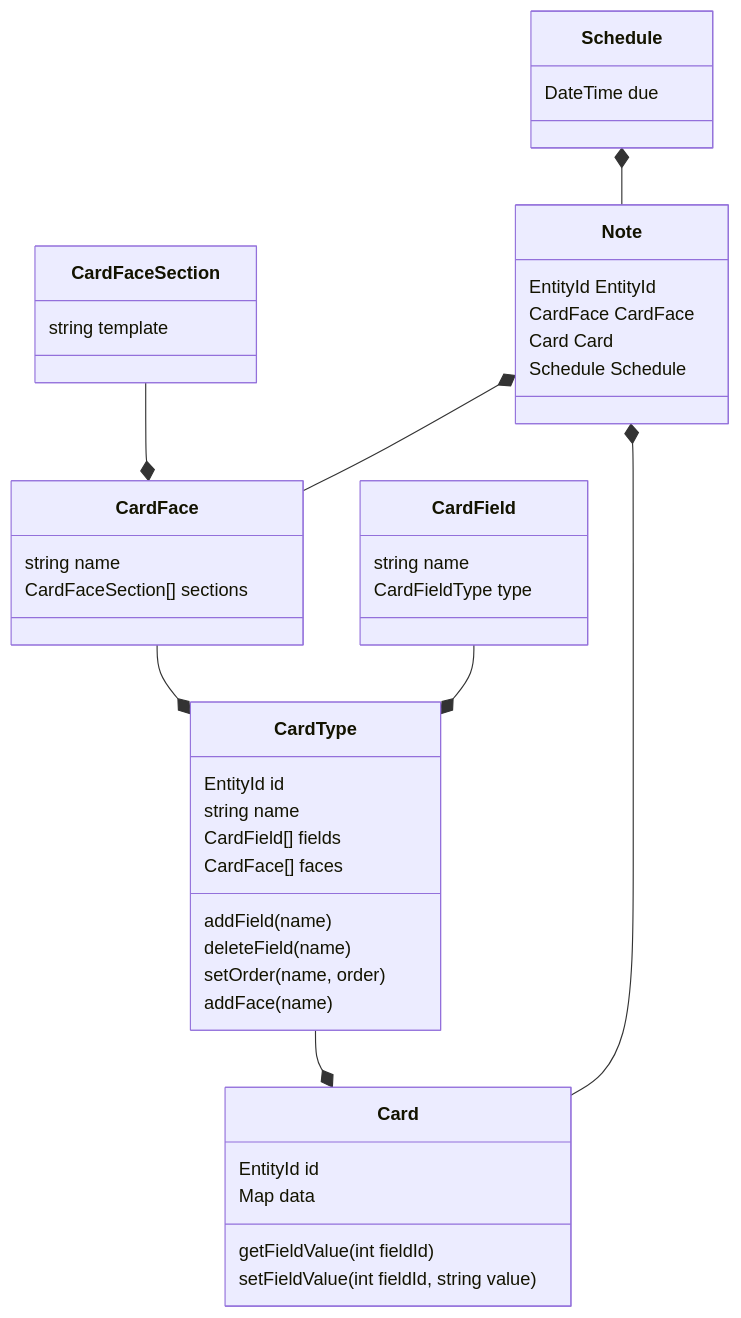
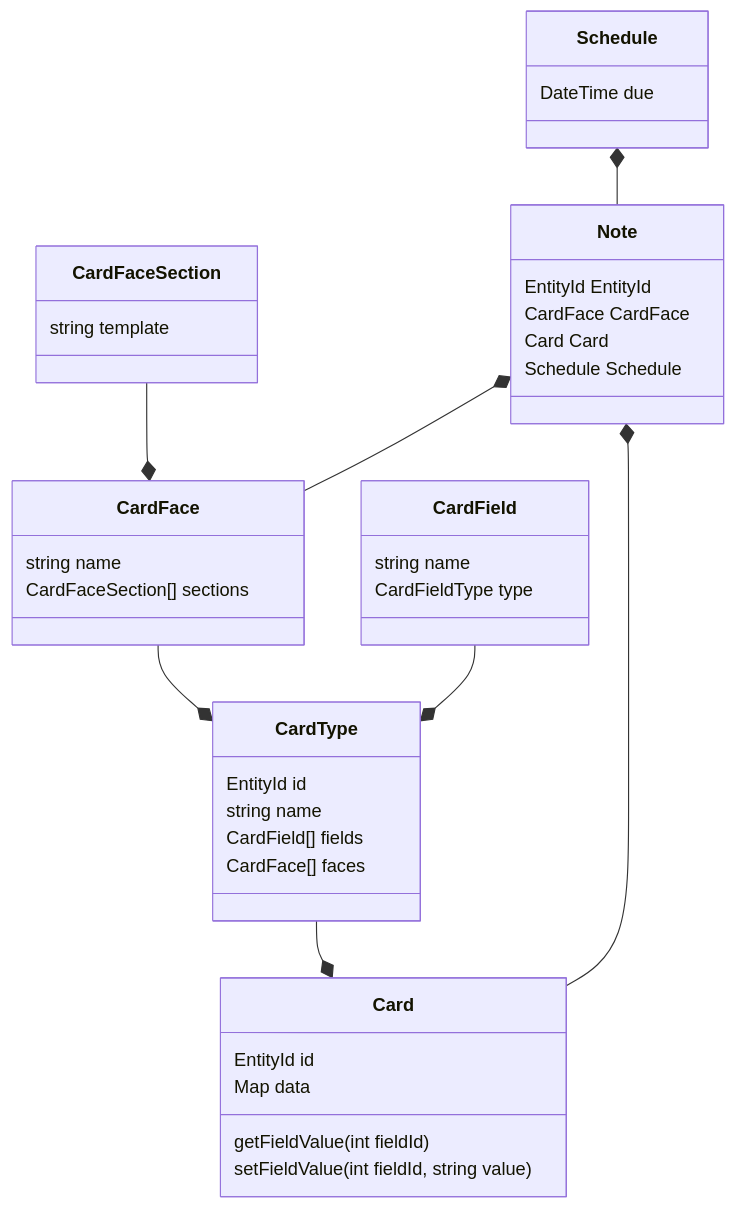
Before and after one commit to sarasvati-platform/core_old: the diagram in docs/models.md, drawn with Mermaid. The commit also changed 23 other files, not shown here.

````diff
--- a/docs/models.md
+++ b/docs/models.md
@@ -4,44 +4,40 @@
 ```mermaid
 classDiagram
 
 CardType --* Card
   CardType: EntityId id
   CardType: string name
   CardType: CardField[] fields
   CardType: CardFace[] faces
-  CardType: addField(name)
-  CardType: deleteField(name)
-  CardType: setOrder(name, order)
-  CardType: addFace(name)
 
 
 CardFace --* CardType
   CardFace: string name
   CardFace: CardFaceSection[] sections
 
 
 CardFaceSection --* CardFace
   CardFaceSection: string template
 
 
 CardField --* CardType
   CardField: string name
   CardField: CardFieldType type
 
 
 Card
   Card: EntityId id
   Card: Map<int, string> data
   Card: getFieldValue(int fieldId)
   Card: setFieldValue(int fieldId, string value)
 
 Note *-- Card
 Note *-- CardFace
   Note: EntityId EntityId
   Note: CardFace CardFace
   Note: Card Card
   Note: Schedule Schedule
 
 Schedule *-- Note
   Schedule: DateTime due
 ```
````
